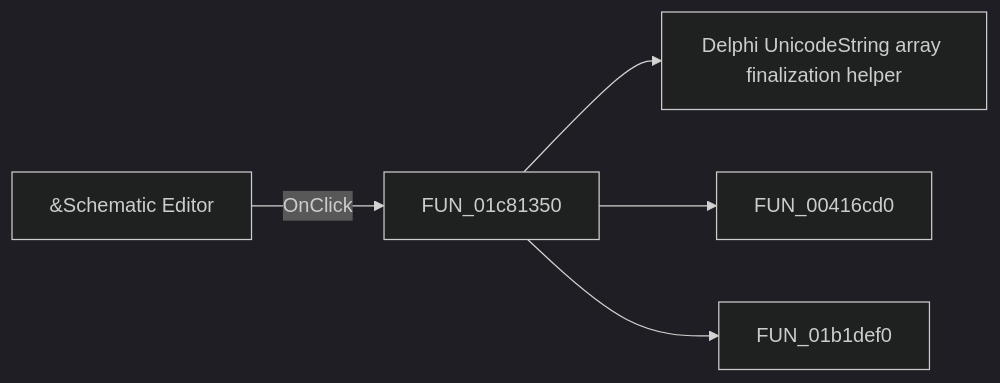
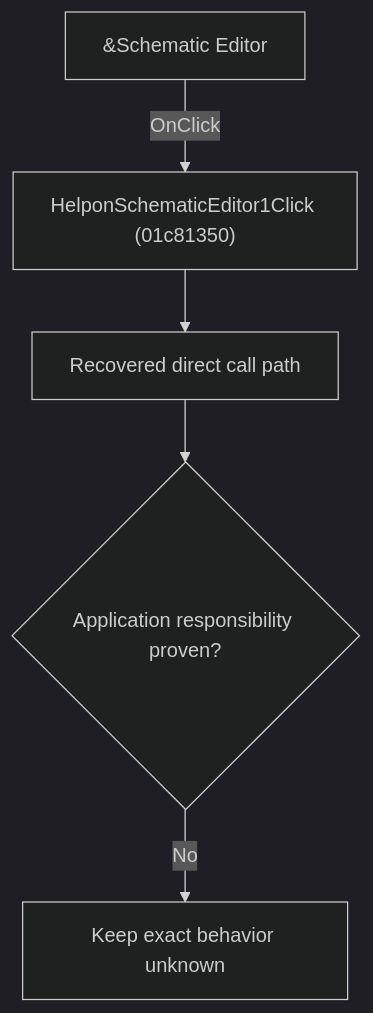
Before and after one commit to MovGP0/TIARA: the diagram in docs/ui-controls/schematiceditor/helponschematiceditor1-dcca43c6c7.md, drawn with Mermaid (dark theme). The commit also changed other lines of this file and 1062 other files, not shown here.

````diff
--- a/docs/ui-controls/schematiceditor/helponschematiceditor1-dcca43c6c7.md
+++ b/docs/ui-controls/schematiceditor/helponschematiceditor1-dcca43c6c7.md
@@ -27,7 +27,7 @@
 ```mermaid
-flowchart LR
-    control["&Schematic Editor"] -->|OnClick| handler["FUN_01c81350"]
-    handler --> call1["Delphi UnicodeString array finalization helper"]
-    handler --> call2["FUN_00416cd0"]
-    handler --> call3["FUN_01b1def0"]
+flowchart TD
+    control["&Schematic Editor"] -->|"OnClick"| handler["HelponSchematicEditor1Click (01c81350)"]
+    handler --> recovered["Recovered direct call path"]
+    recovered --> gap{"Application responsibility proven?"}
+    gap -->|"No"| blocked["Keep exact behavior unknown"]
 ```
````
